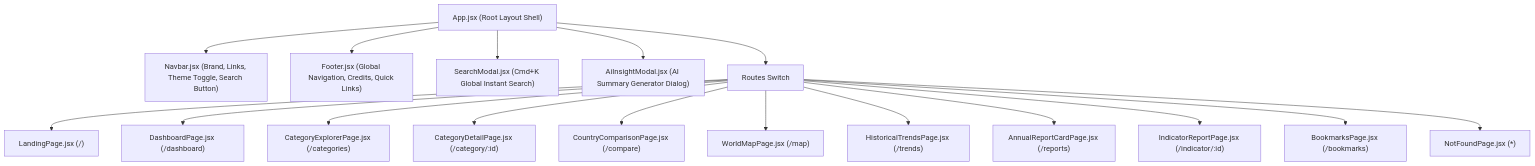
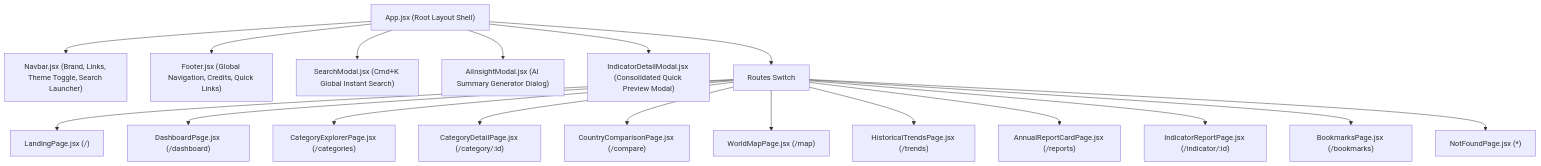
The sixth of 7 diagrams in architecture.md (SoumyaSagarNayak/let-scode-challenge), drawn with Mermaid before and after one commit. The commit also changed other lines of this file and 2 other files, not shown here.

````diff
--- a/architecture.md
+++ b/architecture.md
@@ -269,27 +276,29 @@
 ```mermaid
 graph TD
     App["App.jsx (Root Layout Shell)"]
-    Nav["Navbar.jsx (Brand, Links, Theme Toggle, Search Button)"]
+    Nav["Navbar.jsx (Brand, Links, Theme Toggle, Search Launcher)"]
     Foot["Footer.jsx (Global Navigation, Credits, Quick Links)"]
     SearchM["SearchModal.jsx (Cmd+K Global Instant Search)"]
     AiM["AiInsightModal.jsx (AI Summary Generator Dialog)"]
+    DetailM["IndicatorDetailModal.jsx (Consolidated Quick Preview Modal)"]
 
     App --> Nav
     App --> Foot
     App --> SearchM
     App --> AiM
+    App --> DetailM
 
     App --> Routes["Routes Switch"]
 
     Routes --> P1["LandingPage.jsx (/)"]
     Routes --> P2["DashboardPage.jsx (/dashboard)"]
     Routes --> P3["CategoryExplorerPage.jsx (/categories)"]
     Routes --> P4["CategoryDetailPage.jsx (/category/:id)"]
     Routes --> P5["CountryComparisonPage.jsx (/compare)"]
     Routes --> P6["WorldMapPage.jsx (/map)"]
     Routes --> P7["HistoricalTrendsPage.jsx (/trends)"]
     Routes --> P8["AnnualReportCardPage.jsx (/reports)"]
     Routes --> P9["IndicatorReportPage.jsx (/indicator/:id)"]
     Routes --> P10["BookmarksPage.jsx (/bookmarks)"]
     Routes --> P11["NotFoundPage.jsx (*)"]
 ```
````
